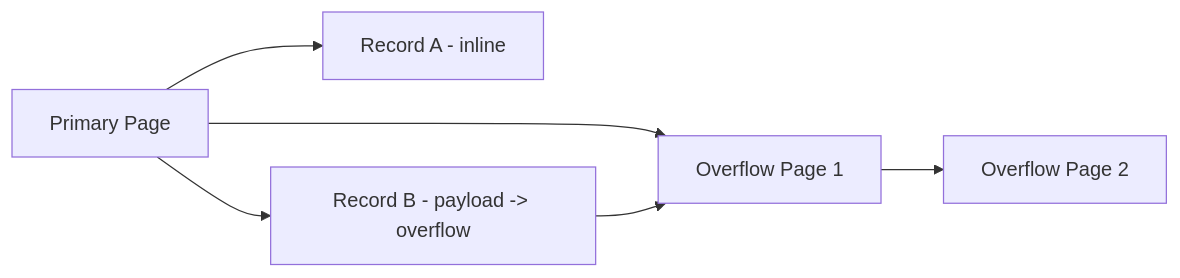
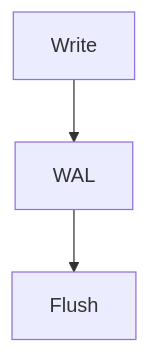
Before and after one commit to jihogrammer/database-internals: the diagram in README.md, drawn with Mermaid. The commit also changed other lines of this file, not shown here.

````diff
--- a/README.md
+++ b/README.md
@@ -92,9 +130,5 @@
 ```mermaid
-graph LR
-  primary[Primary Page]
-  primary --> overflow1[Overflow Page 1]
-  overflow1 --> overflow2[Overflow Page 2]
-  primary --> recA[Record A - inline]
-  primary --> recB[Record B - payload -> overflow]
-  recB --> overflow1
+graph TD
+    A[Write] --> B[WAL]
+    B --> C[Flush]
 ```
````
